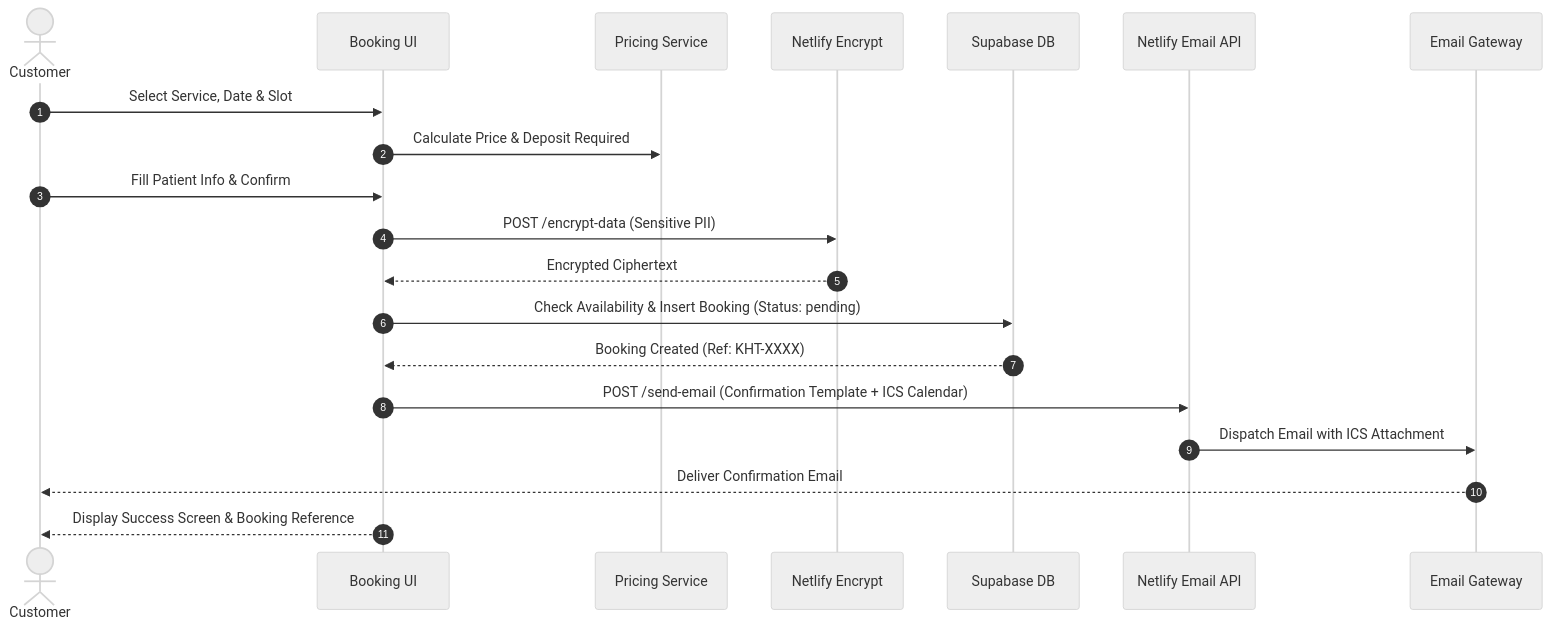
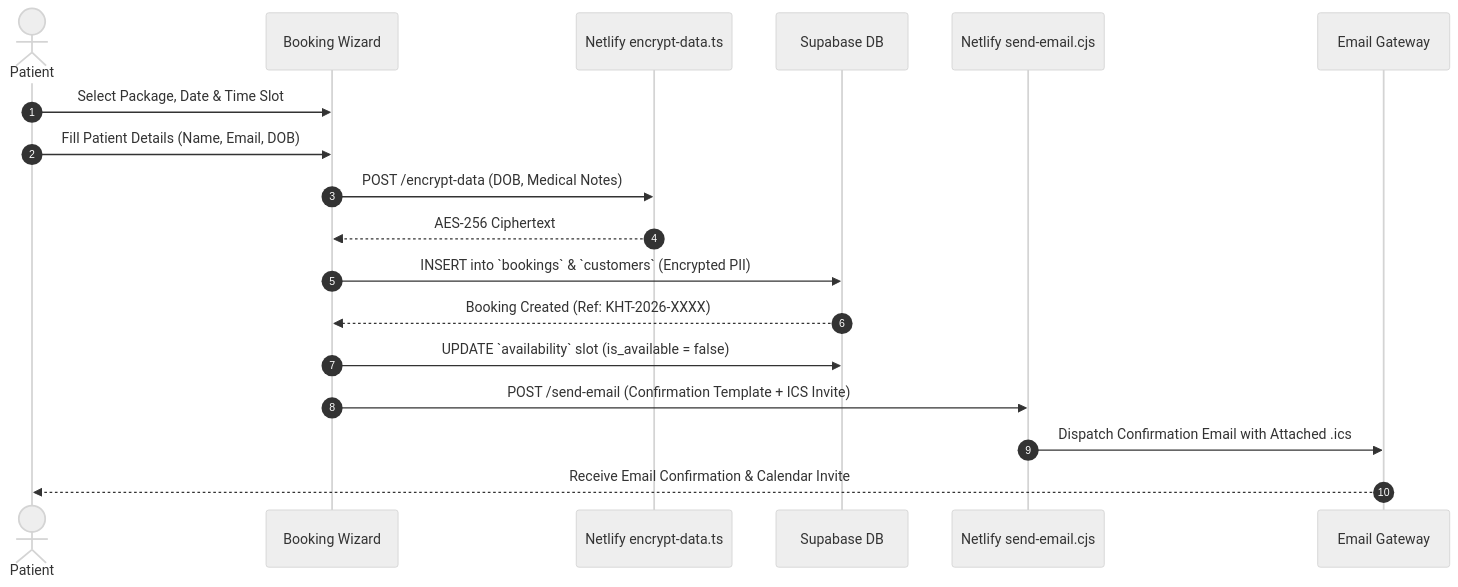
Before and after one commit to kdadks/KH: the third of 5 diagrams in MEMORY.md, drawn with Mermaid (neutral theme). The commit also changed other lines of this file and 8 other files, not shown here.

Commit message:
fix: add fallback field mappings for booking dates, times, and statuses in rescheduling and email workflows

````diff
--- a/MEMORY.md
+++ b/MEMORY.md
@@ -168,23 +254,21 @@
 ```mermaid
 sequenceDiagram
     autonumber
-    actor Customer
-    participant BookingPage as Booking UI
-    participant PricingSvc as Pricing Service
-    participant EncryptSvc as Netlify Encrypt
+    actor Patient
+    participant BookingUI as Booking Wizard
+    participant EncryptFunc as Netlify encrypt-data.ts
     participant DB as Supabase DB
-    participant EmailFunc as Netlify Email API
+    participant EmailFunc as Netlify send-email.cjs
     participant SMTP as Email Gateway
 
-    Customer->>BookingPage: Select Service, Date & Slot
-    BookingPage->>PricingSvc: Calculate Price & Deposit Required
-    Customer->>BookingPage: Fill Patient Info & Confirm
-    BookingPage->>EncryptSvc: POST /encrypt-data (Sensitive PII)
-    EncryptSvc-->>BookingPage: Encrypted Ciphertext
-    BookingPage->>DB: Check Availability & Insert Booking (Status: pending)
-    DB-->>BookingPage: Booking Created (Ref: KHT-XXXX)
-    BookingPage->>EmailFunc: POST /send-email (Confirmation Template + ICS Calendar)
-    EmailFunc->>SMTP: Dispatch Email with ICS Attachment
-    SMTP-->>Customer: Deliver Confirmation Email
-    BookingPage-->>Customer: Display Success Screen & Booking Reference
+    Patient->>BookingUI: Select Package, Date & Time Slot
+    Patient->>BookingUI: Fill Patient Details (Name, Email, DOB)
+    BookingUI->>EncryptFunc: POST /encrypt-data (DOB, Medical Notes)
+    EncryptFunc-->>BookingUI: AES-256 Ciphertext
+    BookingUI->>DB: INSERT into `bookings` & `customers` (Encrypted PII)
+    DB-->>BookingUI: Booking Created (Ref: KHT-2026-XXXX)
+    BookingUI->>DB: UPDATE `availability` slot (is_available = false)
+    BookingUI->>EmailFunc: POST /send-email (Confirmation Template + ICS Invite)
+    EmailFunc->>SMTP: Dispatch Confirmation Email with Attached .ics
+    SMTP-->>Patient: Receive Email Confirmation & Calendar Invite
 ```
````
